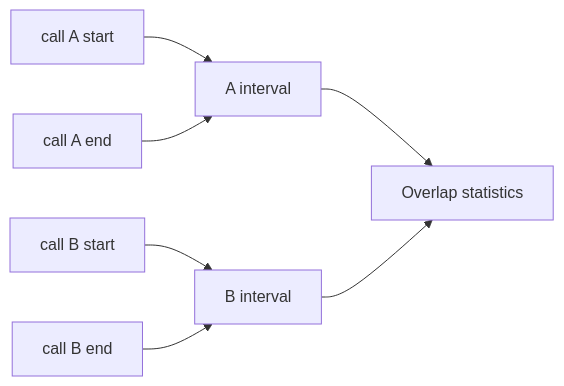
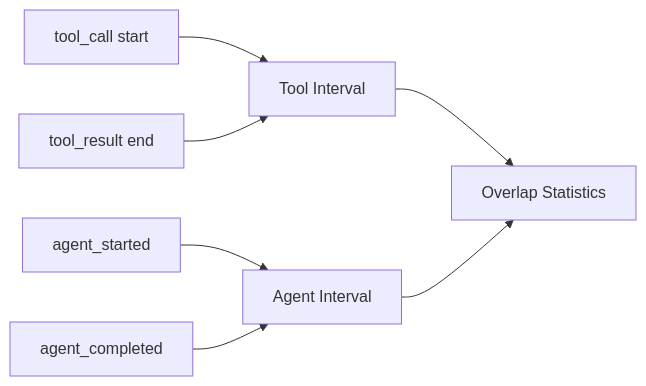
The ninth of 14 diagrams in docs/14-evaluation-design.md (Arthur999459up/GitAgent), drawn with Mermaid before and after one commit. The commit also changed other lines of this file and 16 other files, not shown here.

````diff
--- a/docs/14-evaluation-design.md
+++ b/docs/14-evaluation-design.md
@@ -431,9 +631,9 @@
 ```mermaid
 flowchart LR
-    S1[call A start] --> I1[A interval]
-    E1[call A end] --> I1
-    S2[call B start] --> I2[B interval]
-    E2[call B end] --> I2
-    I1 --> O[Overlap statistics]
-    I2 --> O
+    TS[tool_call start] --> TI[Tool Interval]
+    TE[tool_result end] --> TI
+    AS[agent_started] --> AI[Agent Interval]
+    AE[agent_completed] --> AI
+    TI --> STATS[Overlap Statistics]
+    AI --> STATS
 ```
````
